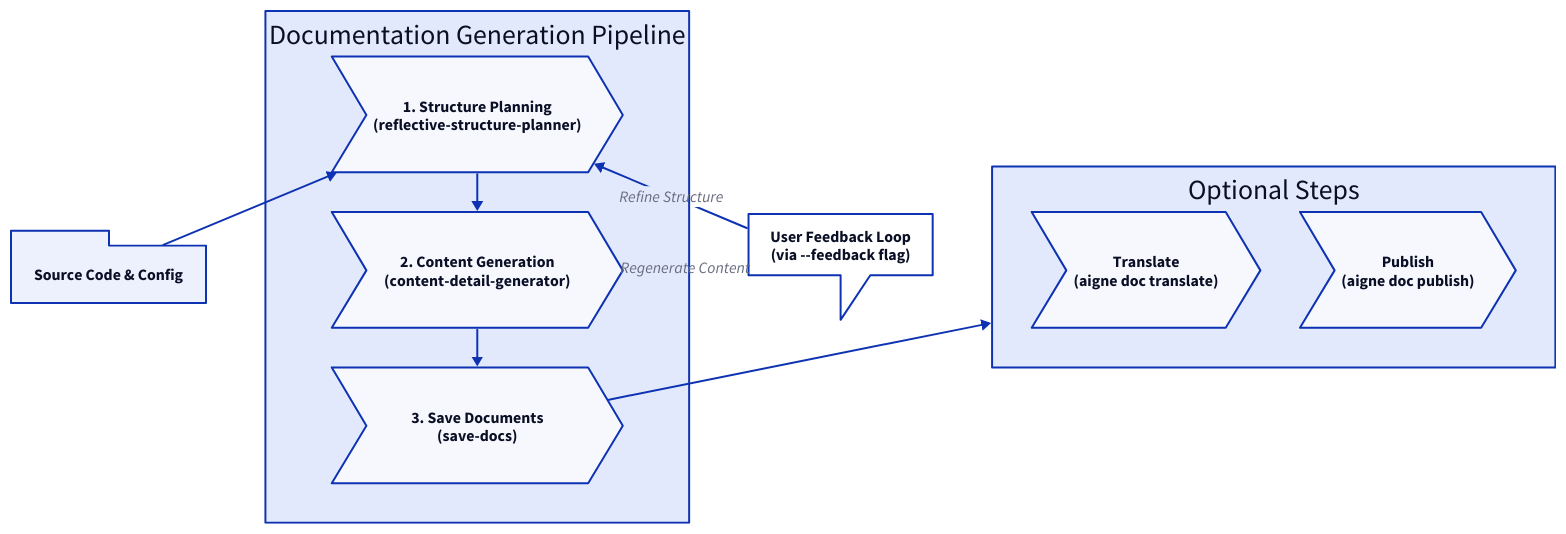
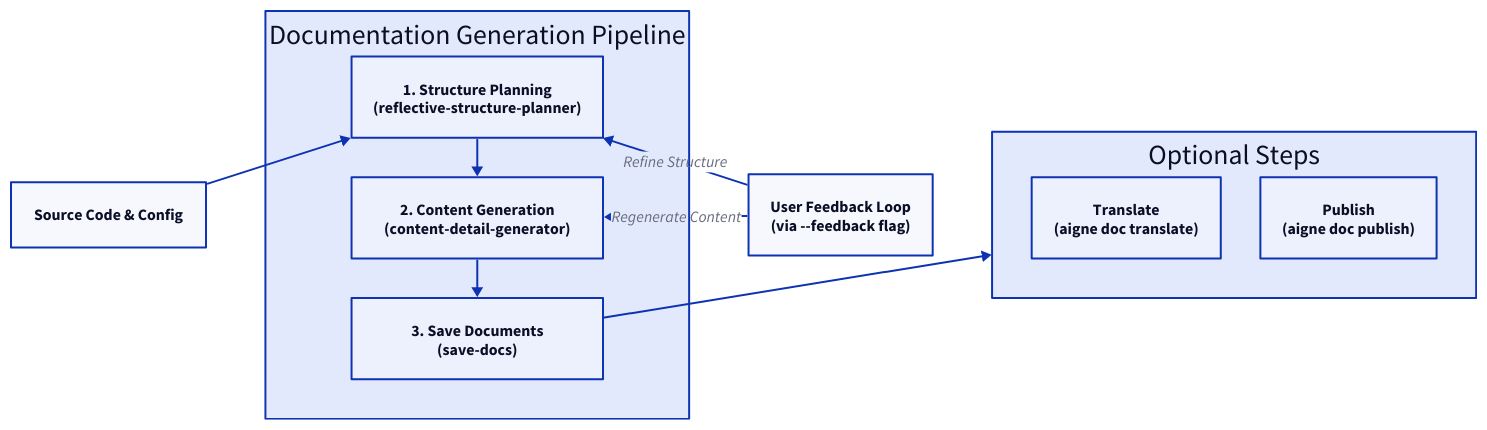
One commit to AIGNE-io/aigne-doc-smith changed the diagram in docs/advanced-how-it-works.md. Above: the diagram before and after it, drawn with D2. The commit also changed other lines of this file and 35 other files, not shown here.

````diff
--- a/docs/advanced-how-it-works.md
+++ b/docs/advanced-how-it-works.md
@@ -11,58 +11,60 @@
 ```d2
 direction: down
 
 Input: {
   label: "Source Code & Config"
-  shape: package
+  shape: rectangle
 }
 
 Pipeline: {
   label: "Documentation Generation Pipeline"
+  shape: rectangle
   grid-columns: 1
   grid-gap: 40
 
   Structure-Planning: {
     label: "1. Structure Planning\n(reflective-structure-planner)"
-    shape: step
+    shape: rectangle
   }
 
   Content-Generation: {
     label: "2. Content Generation\n(content-detail-generator)"
-    shape: step
+    shape: rectangle
   }
 
   Saving: {
     label: "3. Save Documents\n(save-docs)"
-    shape: step
+    shape: rectangle
   }
 }
 
 User-Feedback: {
   label: "User Feedback Loop\n(via --feedback flag)"
-  shape: callout
+  shape: rectangle
 }
 
 Optional-Steps: {
   label: "Optional Steps"
+  shape: rectangle
   grid-columns: 2
   grid-gap: 40
   
   Translation: {
     label: "Translate\n(aigne doc translate)"
-    shape: step
+    shape: rectangle
   }
 
   Publishing: {
     label: "Publish\n(aigne doc publish)"
-    shape: step
+    shape: rectangle
   }
 }
 
 Input -> Pipeline.Structure-Planning
 Pipeline.Structure-Planning -> Pipeline.Content-Generation
 Pipeline.Content-Generation -> Pipeline.Saving
 Pipeline.Saving -> Optional-Steps
 
 User-Feedback -> Pipeline.Structure-Planning: "Refine Structure"
 User-Feedback -> Pipeline.Content-Generation: "Regenerate Content"
 ```
````
